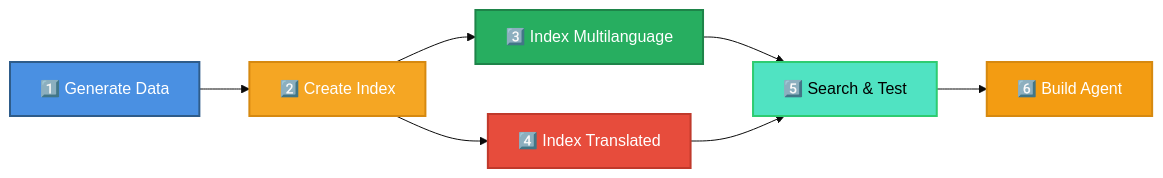
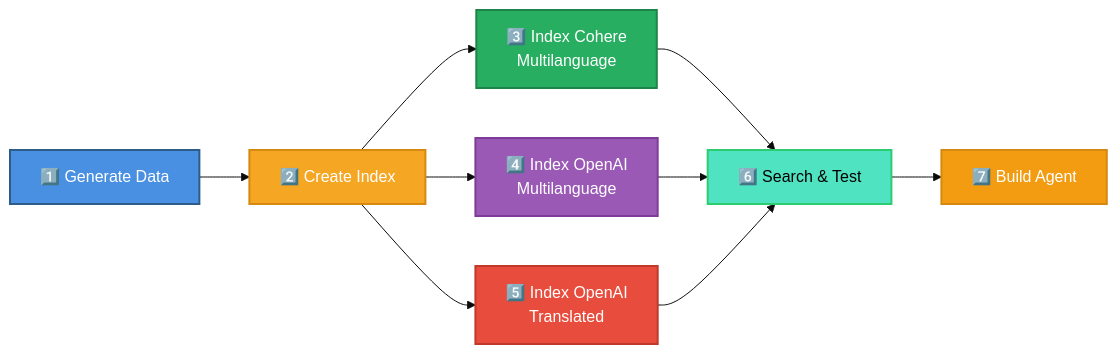
The eighth of 12 diagrams in README.md (hugogirard/RagMultilanguageDemo), drawn with Mermaid (base theme) before and after one commit. The commit also changed other lines of this file and 21 other files, not shown here.

````diff
--- a/README.md
+++ b/README.md
@@ -495,16 +745,19 @@
 ```mermaid
 graph LR
     A[1️⃣ Generate Data] --> B[2️⃣ Create Index]
-    B --> C[3️⃣ Index Multilanguage]
-    B --> D[4️⃣ Index Translated]
-    C --> E[5️⃣ Search & Test]
-    D --> E
-    E --> F[6️⃣ Build Agent]
+    B --> C[3️⃣ Index Cohere<br/>Multilanguage]
+    B --> D[4️⃣ Index OpenAI<br/>Multilanguage]
+    B --> E[5️⃣ Index OpenAI<br/>Translated]
+    C --> F[6️⃣ Search & Test]
+    D --> F
+    E --> F
+    F --> G[7️⃣ Build Agent]
     
     style A fill:#4A90E2,stroke:#2E5C8A,stroke-width:2px,color:#fff
     style B fill:#F5A623,stroke:#D68910,stroke-width:2px,color:#fff
     style C fill:#27AE60,stroke:#1E8449,stroke-width:2px,color:#fff
-    style D fill:#E74C3C,stroke:#C0392B,stroke-width:2px,color:#fff
-    style E fill:#50E3C2,stroke:#2ECC71,stroke-width:2px,color:#000
-    style F fill:#F39C12,stroke:#D68910,stroke-width:2px,color:#fff
+    style D fill:#9B59B6,stroke:#7D3C98,stroke-width:2px,color:#fff
+    style E fill:#E74C3C,stroke:#C0392B,stroke-width:2px,color:#fff
+    style F fill:#50E3C2,stroke:#2ECC71,stroke-width:2px,color:#000
+    style G fill:#F39C12,stroke:#D68910,stroke-width:2px,color:#fff
 ```
````
